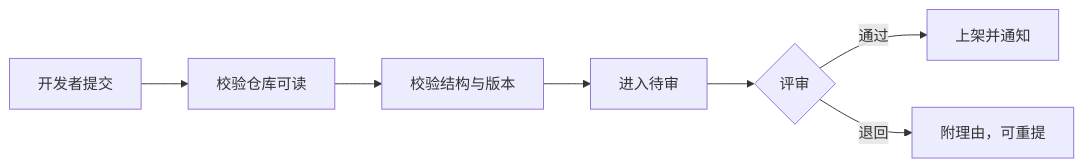
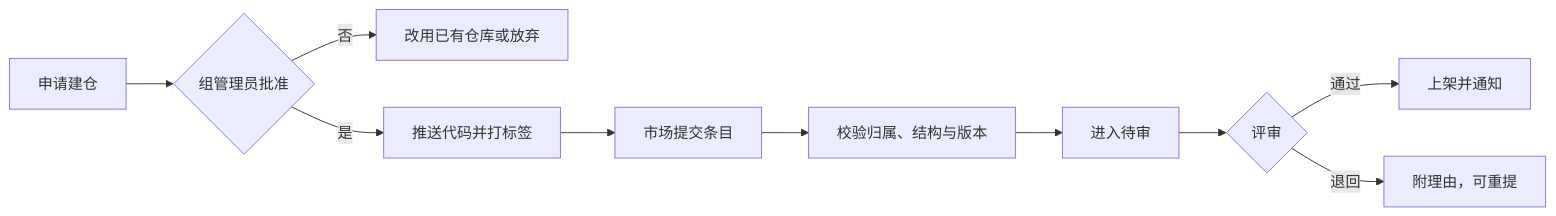
The second of 3 diagrams in docs/design/plugins/forge-market.md (hrygo/heluo-forge), drawn with Mermaid before and after one commit. The commit also changed other lines of this file and 3 other files, not shown here.

````diff
--- a/docs/design/plugins/forge-market.md
+++ b/docs/design/plugins/forge-market.md
@@ -126,9 +126,12 @@
 ```mermaid
 flowchart LR
-  A[开发者提交] --> B[校验仓库可读]
-  B --> C[校验结构与版本]
-  C --> D[进入待审]
-  D --> E{评审}
-  E -->|通过| F[上架并通知]
-  E -->|退回| G[附理由，可重提]
+  A[申请建仓] --> A2{组管理员批准}
+  A2 -->|否| A3[改用已有仓库或放弃]
+  A2 -->|是| B[推送代码并打标签]
+  B --> C[市场提交条目]
+  C --> D[校验归属、结构与版本]
+  D --> E[进入待审]
+  E --> F{评审}
+  F -->|通过| G[上架并通知]
+  F -->|退回| H[附理由，可重提]
 ```
````
